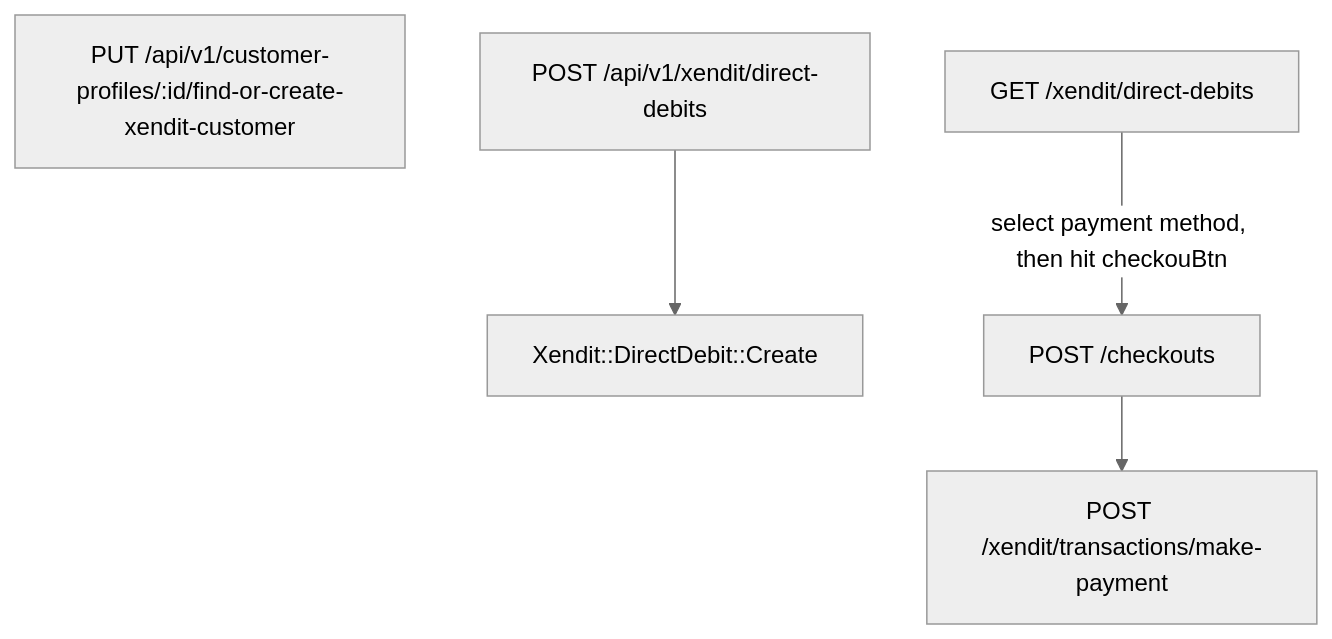
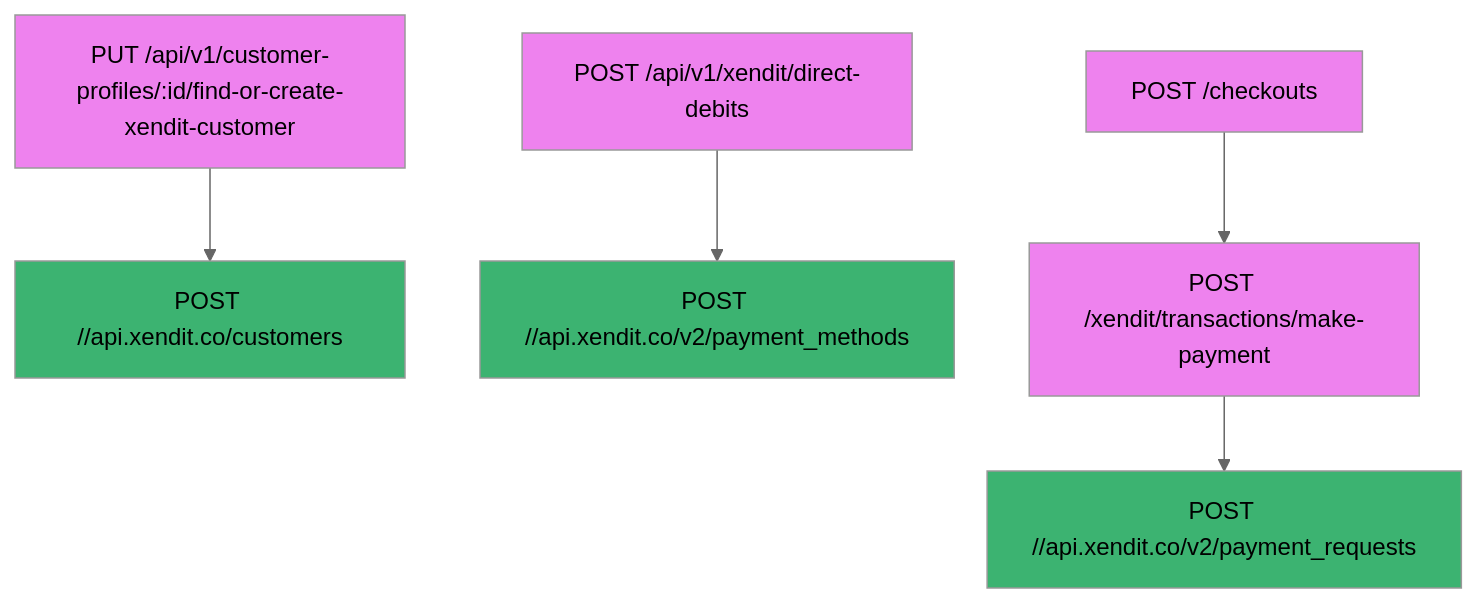
One commit to israelcoper/mermaid-diagram changed the diagram in xendit-direct-debit-flow.md. Above: the diagram before and after it, drawn with Mermaid (neutral theme).

````diff
--- a/xendit-direct-debit-flow.md
+++ b/xendit-direct-debit-flow.md
@@ -2,11 +2,17 @@
 ```mermaid
 ---
 title:
 ---
 flowchart TB;
-    A[PUT /api/v1/customer-profiles/:id/find-or-create-xendit-customer];
-    B[POST /api/v1/xendit/direct-debits]-->F[Xendit::DirectDebit::Create];
-    C[GET /xendit/direct-debits];
-    C-- select payment method, then hit checkouBtn -->D[POST /checkouts];
-    D-->E[POST /xendit/transactions/make-payment];
+    style A0 fill:#ee82ee
+    style A1 fill:#3cb371
+    style B0 fill:#ee82ee
+    style B1 fill:#3cb371
+    style C fill:#ee82ee
+    style D0 fill:#ee82ee
+    style D1 fill:#3cb371
+    A0[PUT /api/v1/customer-profiles/:id/find-or-create-xendit-customer]-->A1[POST //api.xendit.co/customers];
+    B0[POST /api/v1/xendit/direct-debits]-->B1[POST //api.xendit.co/v2/payment_methods];
+    C[POST /checkouts]-->D0[POST /xendit/transactions/make-payment];
+    D0-->D1[POST //api.xendit.co/v2/payment_requests];
 ```
````
